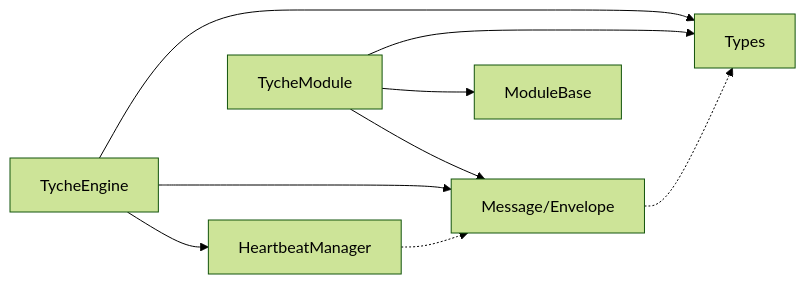
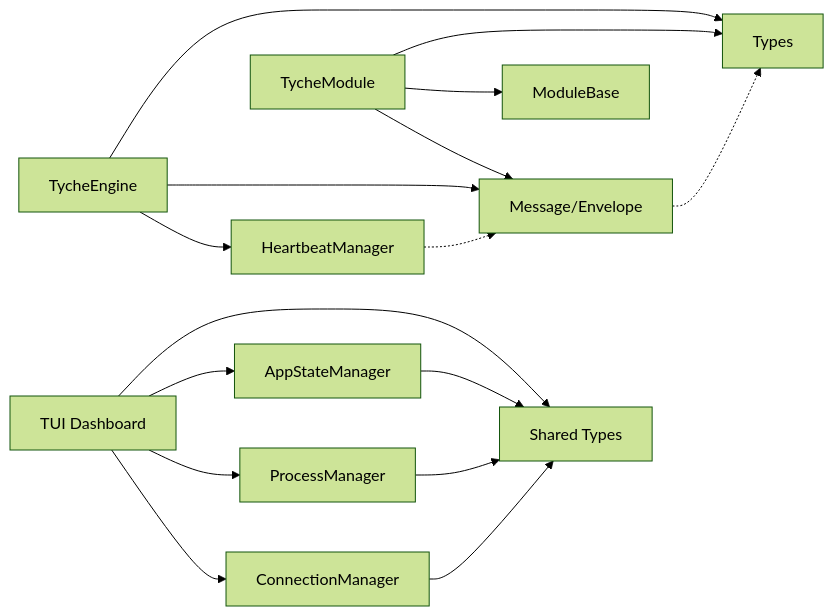
One commit to zt281/TycheEngine changed diagram 11 of 11 in .qoder/repowiki/en/content/Architecture Overview/Architecture Overview.md. Above: the diagram before and after it, drawn with Mermaid (forest theme). The commit also changed other lines of this file and 33 other files, not shown here.

````diff
--- a/.qoder/repowiki/en/content/Architecture Overview/Architecture Overview.md
+++ b/.qoder/repowiki/en/content/Architecture Overview/Architecture Overview.md
@@ -360,11 +605,18 @@
 ```mermaid
 graph LR
 Engine["TycheEngine"] --> HB["HeartbeatManager"]
 Engine --> MSG["Message/Envelope"]
 Engine --> TYP["Types"]
 Module["TycheModule"] --> MSG
 Module --> BASE["ModuleBase"]
 Module --> TYP
 HB -.-> MSG
 MSG -.-> TYP
+TUI["TUI Dashboard"] --> CONN["ConnectionManager"]
+TUI --> PM["ProcessManager"]
+TUI --> STATE["AppStateManager"]
+TUI --> TYPES["Shared Types"]
+PM --> TYPES
+CONN --> TYPES
+STATE --> TYPES
 ```
````
